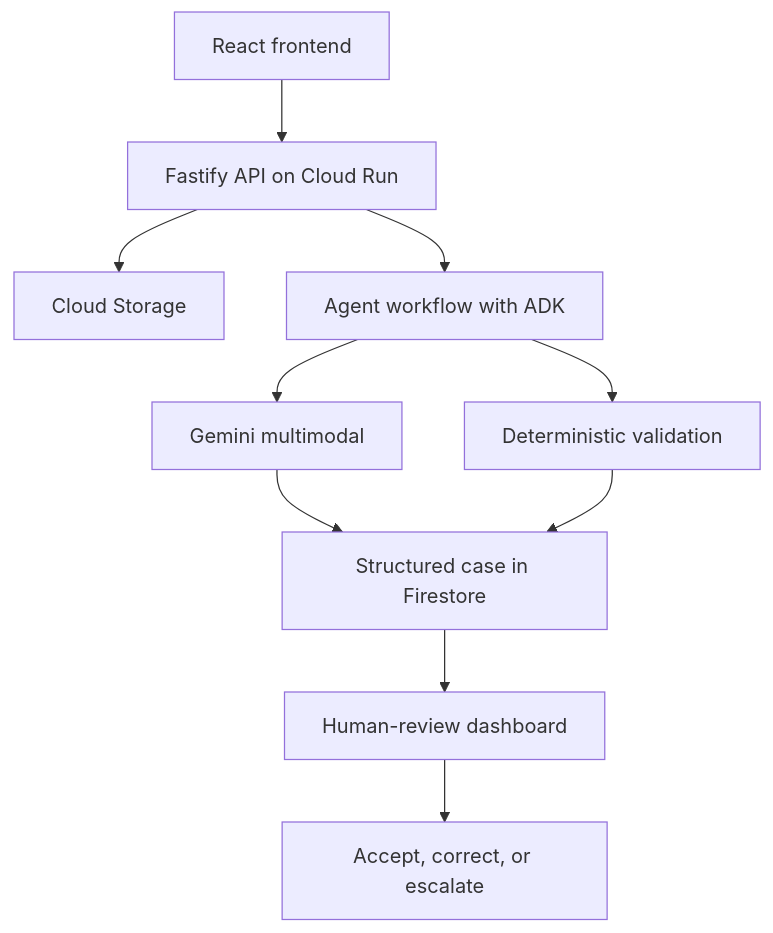
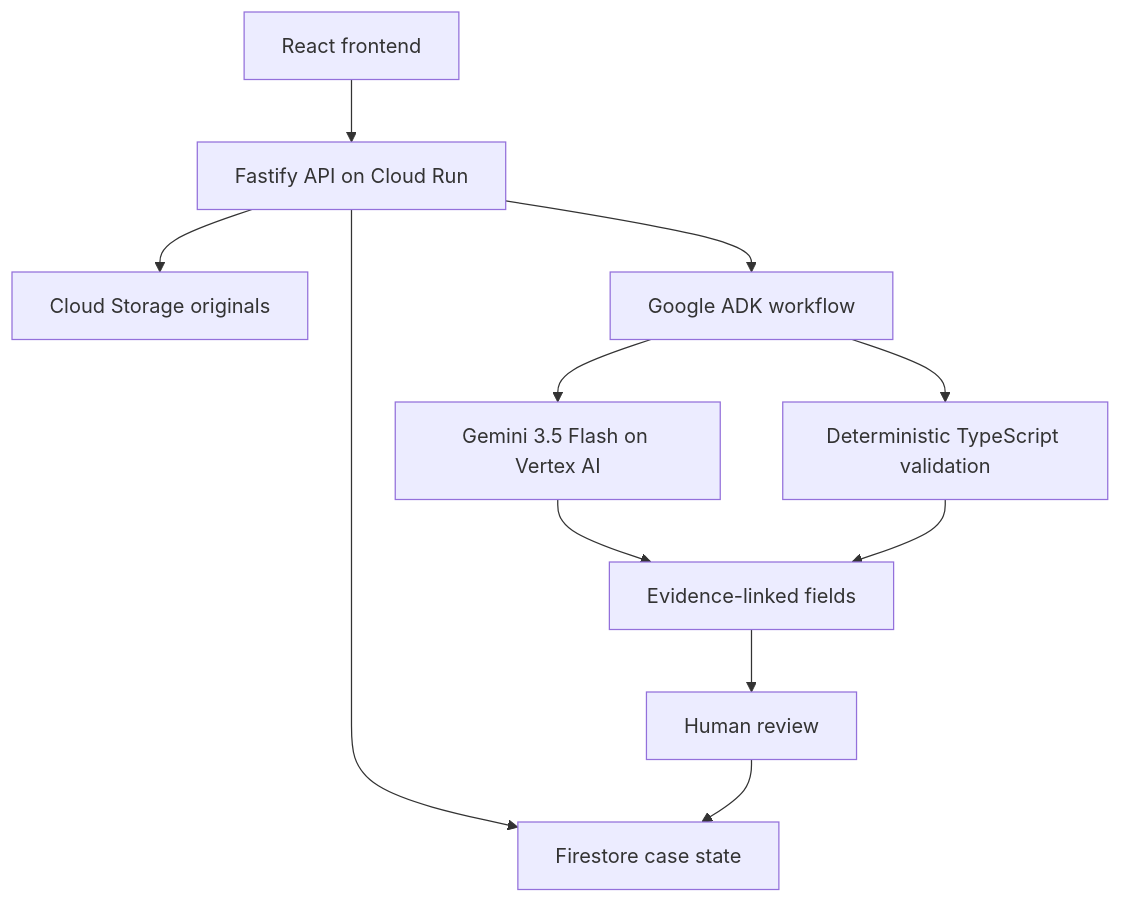
One commit to amin076/claimflow-agent changed the diagram in docs/roadmap.md. Above: the diagram before and after it, drawn with Mermaid. The commit also changed other lines of this file and 4 other files, not shown here.

````diff
--- a/docs/roadmap.md
+++ b/docs/roadmap.md
@@ -15,12 +15,13 @@
 ```mermaid
 flowchart TD
     A["React frontend"] --> B["Fastify API on Cloud Run"]
-    B --> C["Cloud Storage"]
-    B --> D["Agent workflow with ADK"]
-    D --> E["Gemini multimodal"]
-    D --> F["Deterministic validation"]
-    E --> G["Structured case in Firestore"]
-    F --> G
-    G --> H["Human-review dashboard"]
-    H --> I["Accept, correct, or escalate"]
+    B --> C["Cloud Storage originals"]
+    B --> D["Firestore case state"]
+    B --> E["Google ADK workflow"]
+    E --> F["Gemini 3.5 Flash on Vertex AI"]
+    E --> G["Deterministic TypeScript validation"]
+    F --> H["Evidence-linked fields"]
+    G --> H
+    H --> I["Human review"]
+    I --> D
 ```
````
